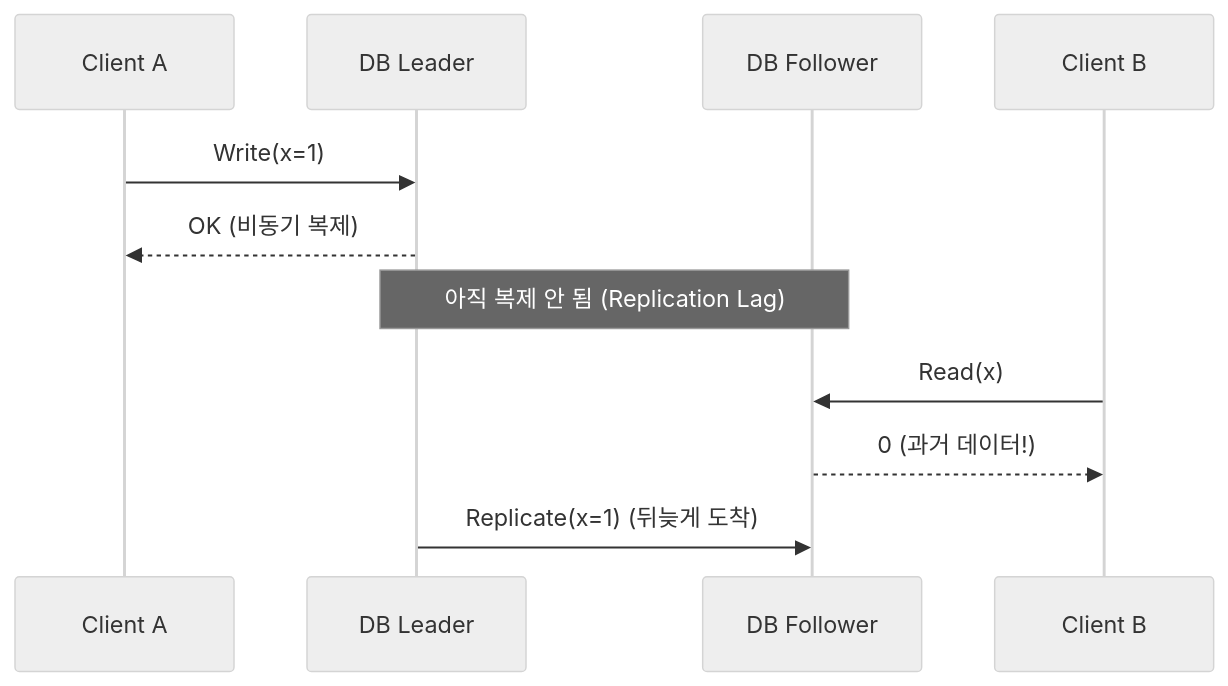
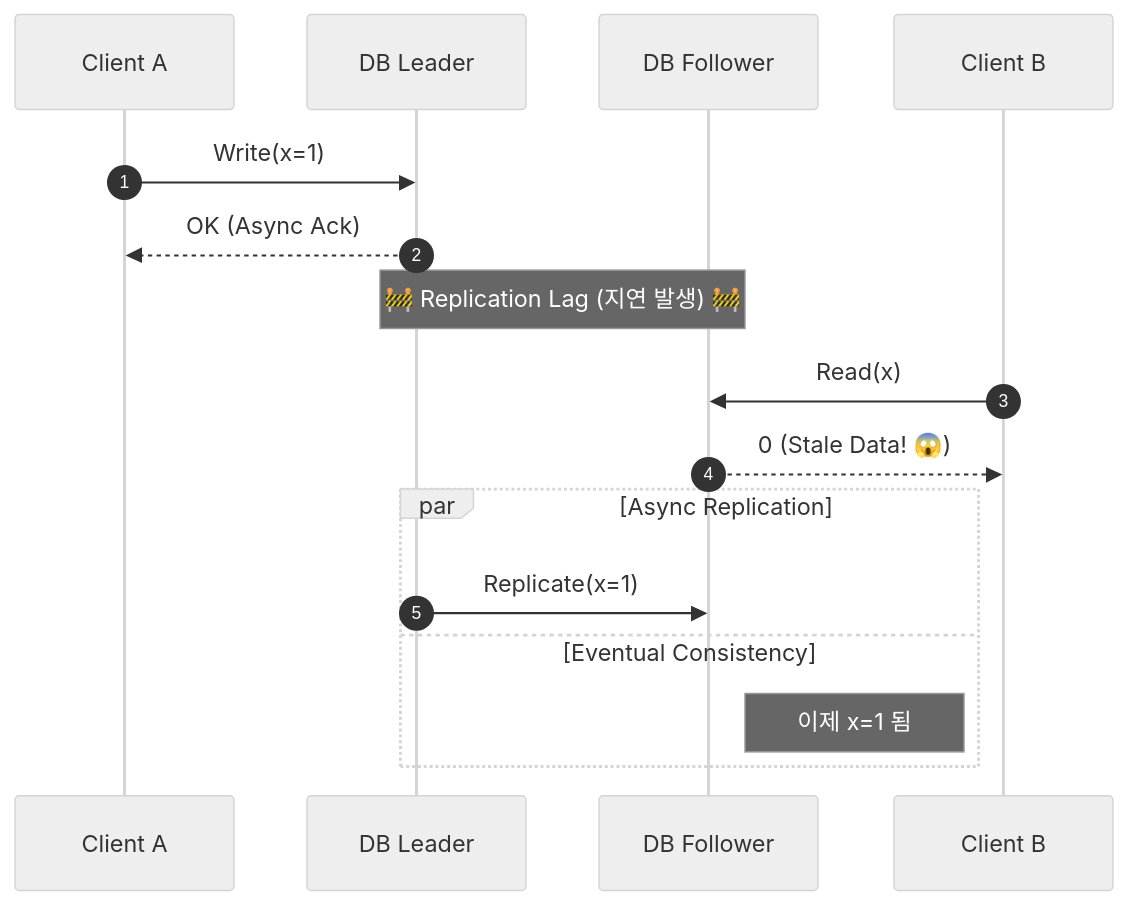
One commit to jyukki97/study-blog changed the second of 3 diagrams in content/learning/deep-dive/deep-dive-consistency-models.md. Above: the diagram before and after it, drawn with Mermaid (neutral theme). The commit also changed other lines of this file and 85 other files, not shown here.

````diff
--- a/content/learning/deep-dive/deep-dive-consistency-models.md
+++ b/content/learning/deep-dive/deep-dive-consistency-models.md
@@ -73,17 +76,22 @@
 ```mermaid
 sequenceDiagram
+    autonumber
     participant Client A
-    participant DB Leader
-    participant DB Follower
+    participant Leader as DB Leader
+    participant Follower as DB Follower
     participant Client B
     
-    Client A->>DB Leader: Write(x=1)
-    DB Leader-->>Client A: OK (비동기 복제)
+    Client A->>Leader: Write(x=1)
+    Leader-->>Client A: OK (Async Ack)
     
-    Note over DB Leader, DB Follower: 아직 복제 안 됨 (Replication Lag)
+    Note over Leader, Follower: 🚧 Replication Lag (지연 발생) 🚧
     
-    Client B->>DB Follower: Read(x)
-    DB Follower-->>Client B: 0 (과거 데이터!)
+    Client B->>Follower: Read(x)
+    Follower-->>Client B: 0 (Stale Data! 😱)
     
-    DB Leader->>DB Follower: Replicate(x=1) (뒤늦게 도착)
+    par Async Replication
+        Leader->>Follower: Replicate(x=1)
+    and Eventual Consistency
+        Note right of Follower: 이제 x=1 됨
+    end
 ```
````
